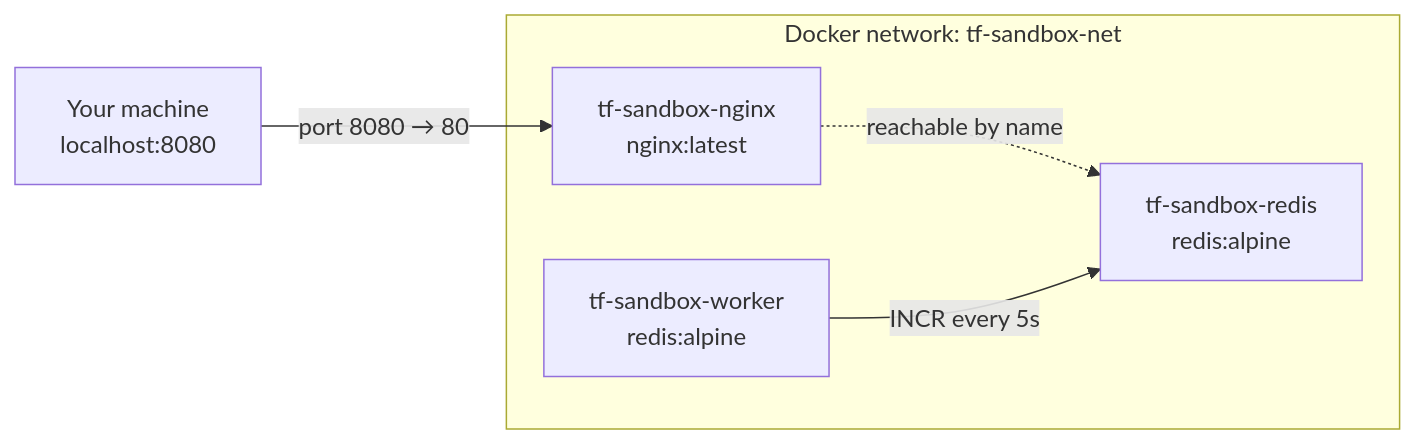
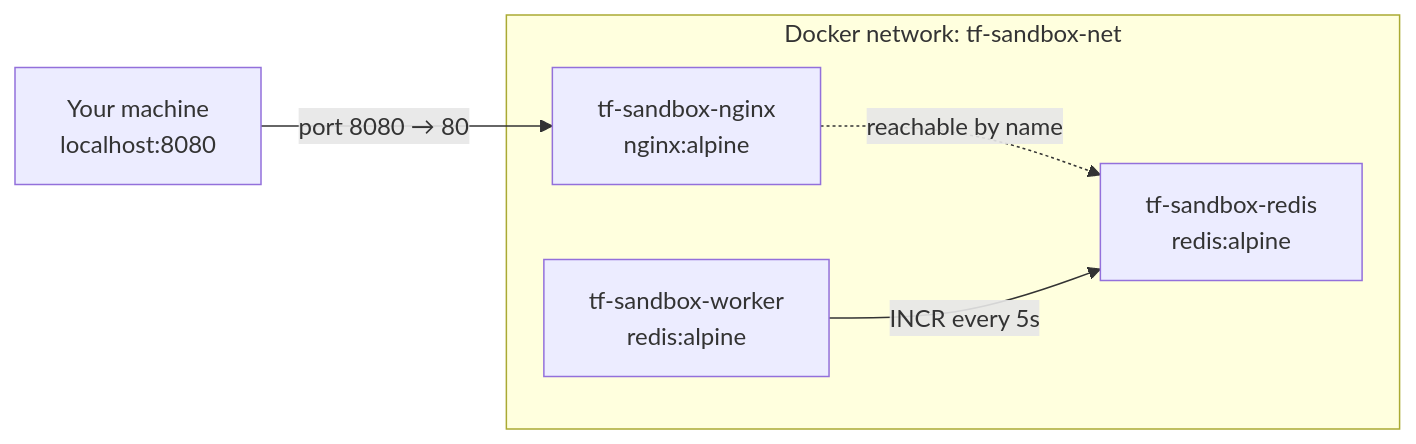
The diagram in README.md (clinardjw/terraform-docker-sandbox), drawn with Mermaid before and after one commit. The commit also changed other lines of this file and 3 other files, not shown here.

````diff
--- a/README.md
+++ b/README.md
@@ -11,12 +11,12 @@
 ```mermaid
 flowchart LR
     host["Your machine<br/>localhost:8080"] -->|port 8080 → 80| nginx
 
     subgraph net["Docker network: tf-sandbox-net"]
-        nginx["tf-sandbox-nginx<br/>nginx:latest"]
+        nginx["tf-sandbox-nginx<br/>nginx:alpine"]
         redis["tf-sandbox-redis<br/>redis:alpine"]
         worker["tf-sandbox-worker<br/>redis:alpine"]
         nginx -.->|reachable by name| redis
         worker -->|INCR every 5s| redis
     end
 ```
````
